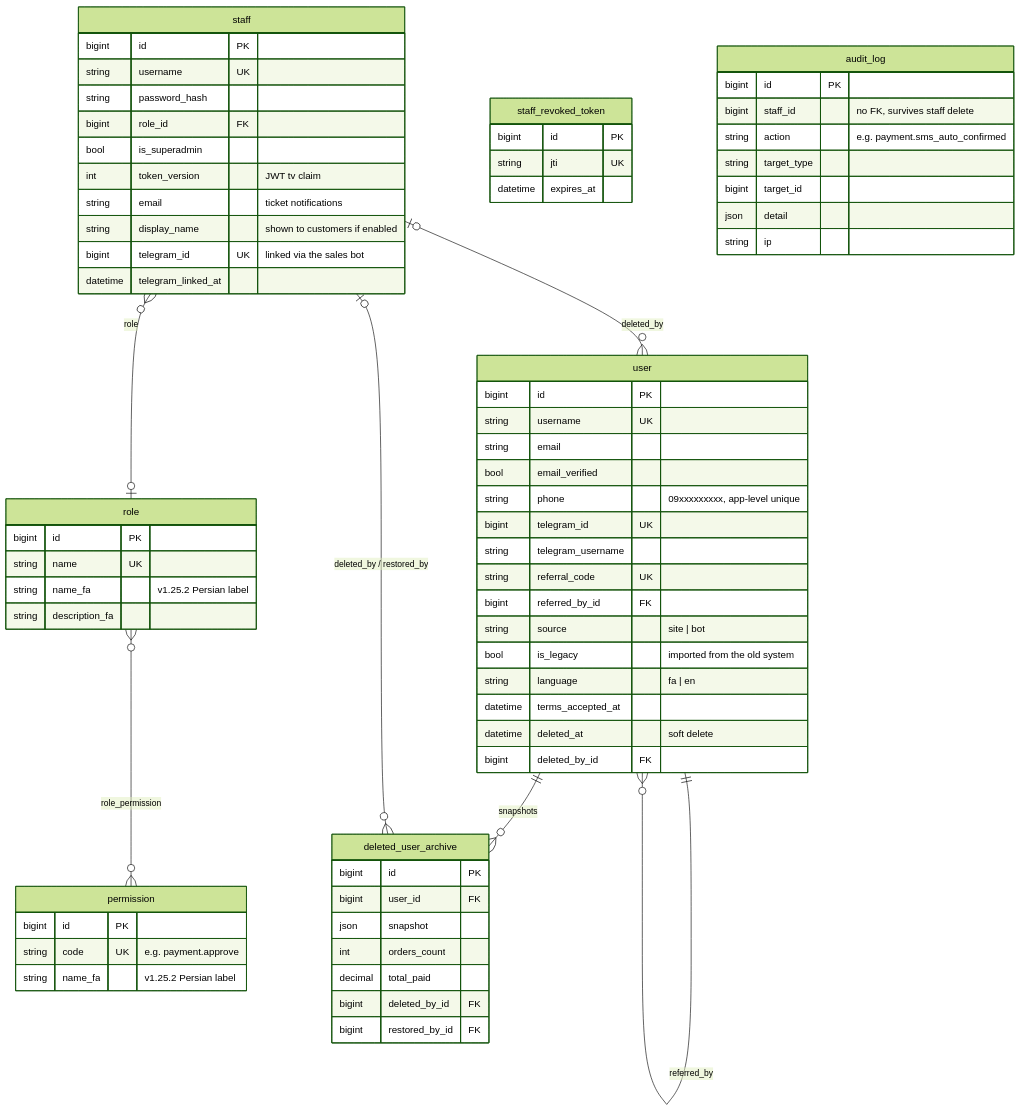
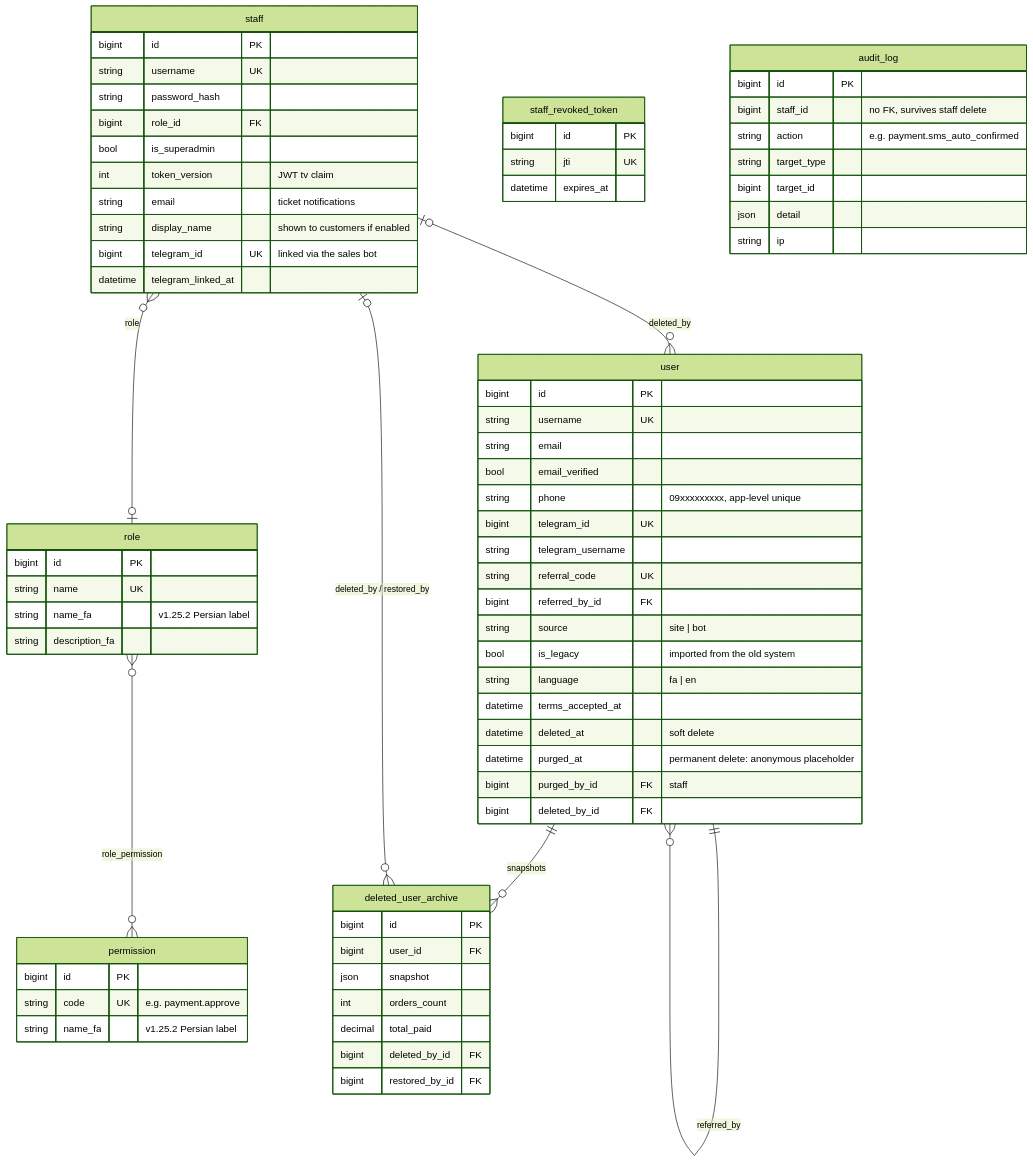
Before and after one commit to santiyagoburcart/caspintunel: the first of 8 diagrams in docs/erd.md, drawn with Mermaid (forest theme). The commit also changed other lines of this file and 12 other files, not shown here.

First line of the commit message:
release: v1.31.2 — permanent delete of deleted users (Super Admin)

````diff
--- a/docs/erd.md
+++ b/docs/erd.md
@@ -17,73 +17,75 @@
 ```mermaid
 erDiagram
     user ||--o{ user : "referred_by"
     staff }o--o| role : "role"
     role }o--o{ permission : "role_permission"
     user ||--o{ deleted_user_archive : "snapshots"
     staff |o--o{ deleted_user_archive : "deleted_by / restored_by"
     staff |o--o{ user : "deleted_by"
 
     user {
         bigint id PK
         string username UK
         string email
         bool email_verified
         string phone "09xxxxxxxxx, app-level unique"
         bigint telegram_id UK
         string telegram_username
         string referral_code UK
         bigint referred_by_id FK
         string source "site | bot"
         bool is_legacy "imported from the old system"
         string language "fa | en"
         datetime terms_accepted_at
         datetime deleted_at "soft delete"
+        datetime purged_at "permanent delete: anonymous placeholder"
+        bigint purged_by_id FK "staff"
         bigint deleted_by_id FK
     }
     staff {
         bigint id PK
         string username UK
         string password_hash
         bigint role_id FK
         bool is_superadmin
         int token_version "JWT tv claim"
         string email "ticket notifications"
         string display_name "shown to customers if enabled"
         bigint telegram_id UK "linked via the sales bot"
         datetime telegram_linked_at
     }
     role {
         bigint id PK
         string name UK
         string name_fa "v1.25.2 Persian label"
         string description_fa
     }
     permission {
         bigint id PK
         string code UK "e.g. payment.approve"
         string name_fa "v1.25.2 Persian label"
     }
     staff_revoked_token {
         bigint id PK
         string jti UK
         datetime expires_at
     }
     deleted_user_archive {
         bigint id PK
         bigint user_id FK
         json snapshot
         int orders_count
         decimal total_paid
         bigint deleted_by_id FK
         bigint restored_by_id FK
     }
     audit_log {
         bigint id PK
         bigint staff_id "no FK, survives staff delete"
         string action "e.g. payment.sms_auto_confirmed"
         string target_type
         bigint target_id
         json detail
         string ip
     }
 ```
````
